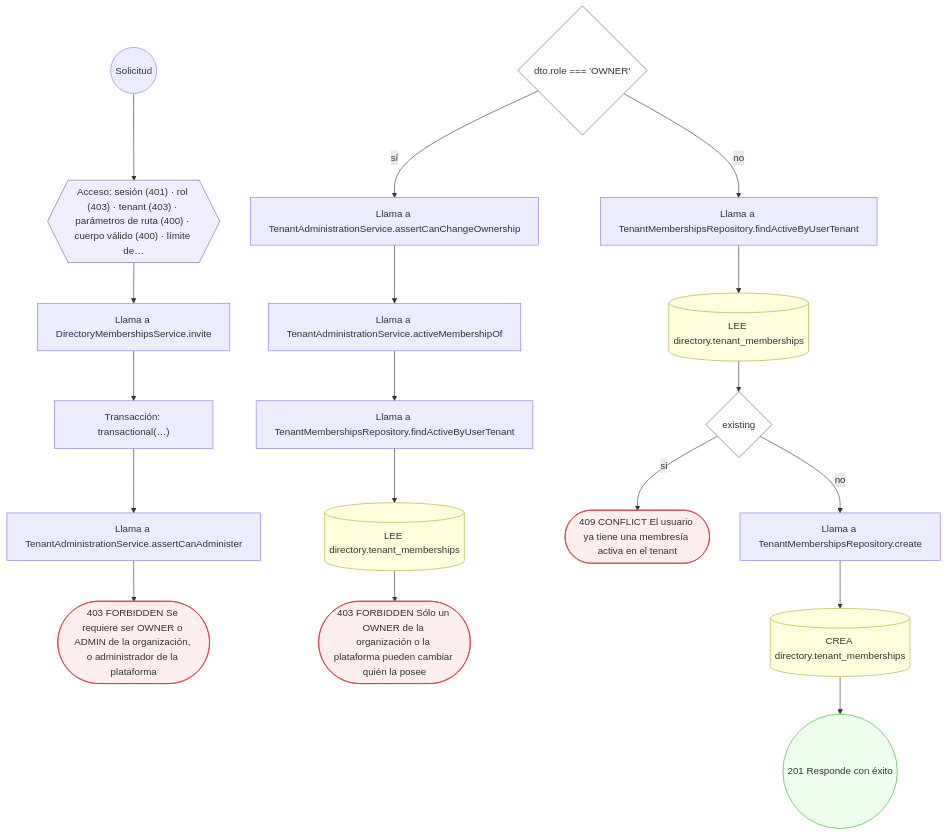
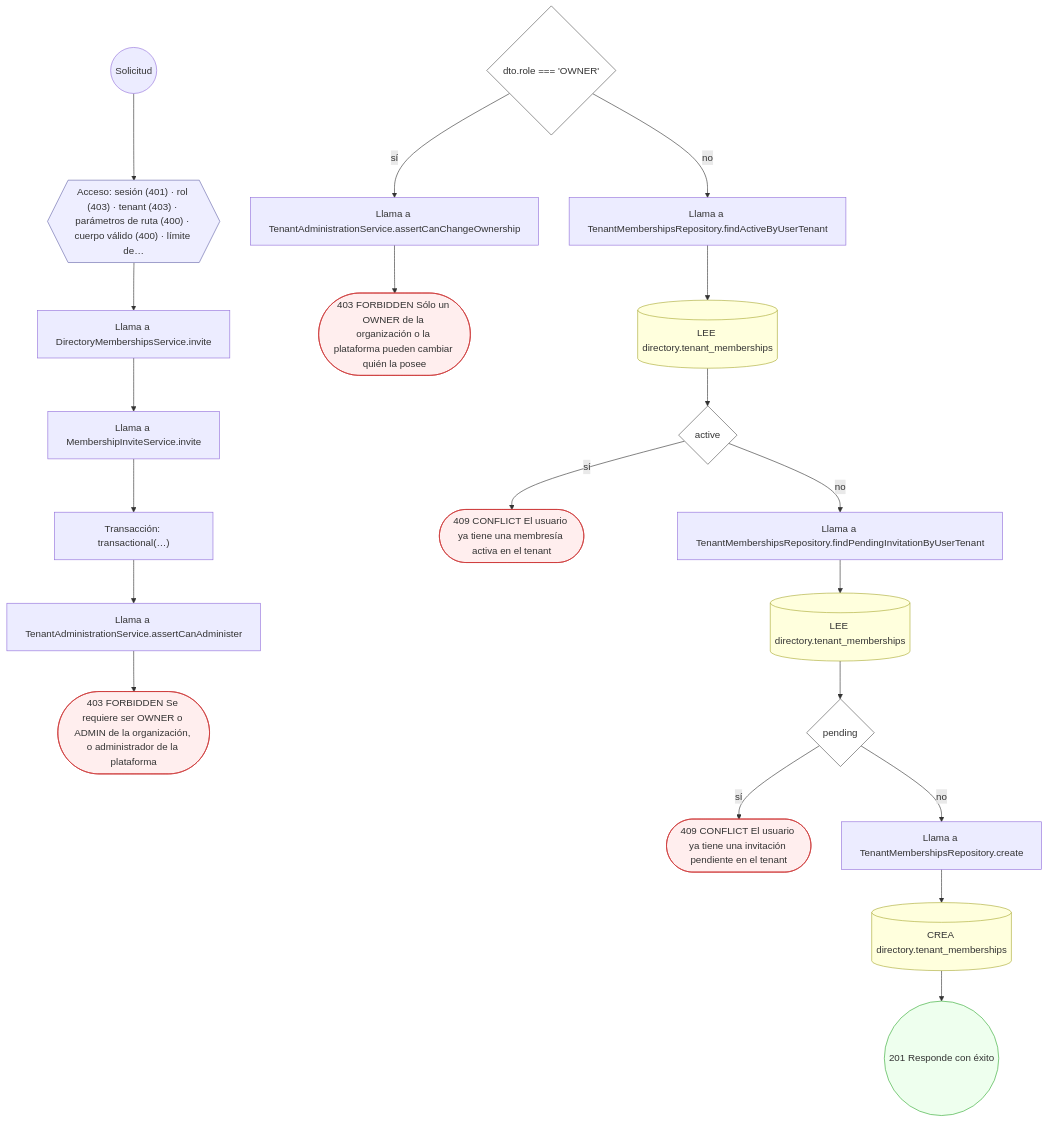
Diagram 21 of 31 in docs/inventario/flujos/directory.md (mdavila-2001/mantra-core-health-api), drawn with Mermaid before and after one commit. The commit also changed other lines of this file and 376 other files, not shown here.

````diff
--- a/docs/inventario/flujos/directory.md
+++ b/docs/inventario/flujos/directory.md
@@ -1901,45 +2039,49 @@
 ```mermaid
 flowchart TD
   n1(("Solicitud")):::inicio
   n2{{"Acceso: sesión (401) · rol (403) · tenant (403) · parámetros de ruta (400) · cuerpo válido (400) · límite de…"}}:::acceso
   n1 --> n2
   n3["Llama a DirectoryMembershipsService.invite"]:::llamada
   n2 --> n3
-  n4["Transacción: transactional(…)"]:::transaccion
+  n4["Llama a MembershipInviteService.invite"]:::llamada
   n3 --> n4
-  n5["Llama a TenantAdministrationService.assertCanAdminister"]:::llamada
+  n5["Transacción: transactional(…)"]:::transaccion
   n4 --> n5
-  n6(["403 FORBIDDEN Se requiere ser OWNER o ADMIN de la organización, o administrador de la plataforma"]):::error
+  n6["Llama a TenantAdministrationService.assertCanAdminister"]:::llamada
   n5 --> n6
-  n7{"dto.role === 'OWNER'"}:::decision
-  n8["Llama a TenantAdministrationService.assertCanChangeOwnership"]:::llamada
-  n7 -->|"sí"| n8
-  n9["Llama a TenantAdministrationService.activeMembershipOf"]:::llamada
-  n8 --> n9
-  n10["Llama a TenantMembershipsRepository.findActiveByUserTenant"]:::llamada
+  n7(["403 FORBIDDEN Se requiere ser OWNER o ADMIN de la organización, o administrador de la plataforma"]):::error
+  n6 --> n7
+  n8{"dto.role === 'OWNER'"}:::decision
+  n9["Llama a TenantAdministrationService.assertCanChangeOwnership"]:::llamada
+  n8 -->|"sí"| n9
+  n10(["403 FORBIDDEN Sólo un OWNER de la organización o la plataforma pueden cambiar quién la posee"]):::error
   n9 --> n10
-  n11[("LEE directory.tenant_memberships")]:::efecto
-  n10 --> n11
-  n12(["403 FORBIDDEN Sólo un OWNER de la organización o la plataforma pueden cambiar quién la posee"]):::error
+  n11["Llama a TenantMembershipsRepository.findActiveByUserTenant"]:::llamada
+  n8 -->|"no"| n11
+  n12[("LEE directory.tenant_memberships")]:::efecto
   n11 --> n12
-  n13["Llama a TenantMembershipsRepository.findActiveByUserTenant"]:::llamada
-  n7 -->|"no"| n13
-  n14[("LEE directory.tenant_memberships")]:::efecto
-  n13 --> n14
-  n15{"existing"}:::decision
-  n14 --> n15
-  n16(["409 CONFLICT El usuario ya tiene una membresía activa en el tenant"]):::error
-  n15 -->|"sí"| n16
-  n17["Llama a TenantMembershipsRepository.create"]:::llamada
-  n15 -->|"no"| n17
-  n18[("CREA directory.tenant_memberships")]:::efecto
-  n17 --> n18
-  n19(("201 Responde con éxito")):::ok
-  n18 --> n19
+  n13{"active"}:::decision
+  n12 --> n13
+  n14(["409 CONFLICT El usuario ya tiene una membresía activa en el tenant"]):::error
+  n13 -->|"sí"| n14
+  n15["Llama a TenantMembershipsRepository.findPendingInvitationByUserTenant"]:::llamada
+  n13 -->|"no"| n15
+  n16[("LEE directory.tenant_memberships")]:::efecto
+  n15 --> n16
+  n17{"pending"}:::decision
+  n16 --> n17
+  n18(["409 CONFLICT El usuario ya tiene una invitación pendiente en el tenant"]):::error
+  n17 -->|"sí"| n18
+  n19["Llama a TenantMembershipsRepository.create"]:::llamada
+  n17 -->|"no"| n19
+  n20[("CREA directory.tenant_memberships")]:::efecto
+  n19 --> n20
+  n21(("201 Responde con éxito")):::ok
+  n20 --> n21
   classDef acceso fill:#eef,stroke:#66a
   classDef error fill:#fee,stroke:#c33
   classDef ok fill:#efe,stroke:#3a3
   classDef efecto fill:#ffd,stroke:#aa3
   classDef decision fill:#fff,stroke:#555
   classDef corte fill:#eee,stroke:#999,stroke-dasharray: 4
 ```
````
